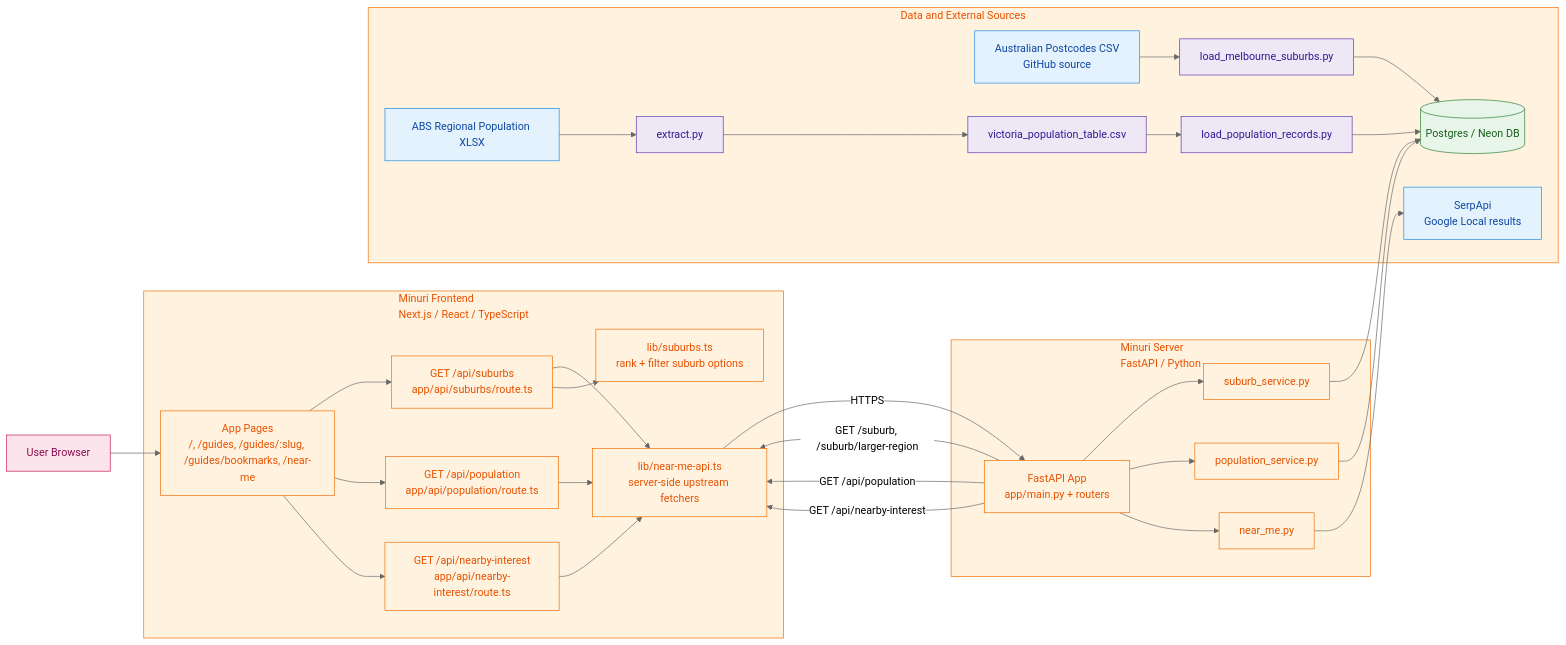
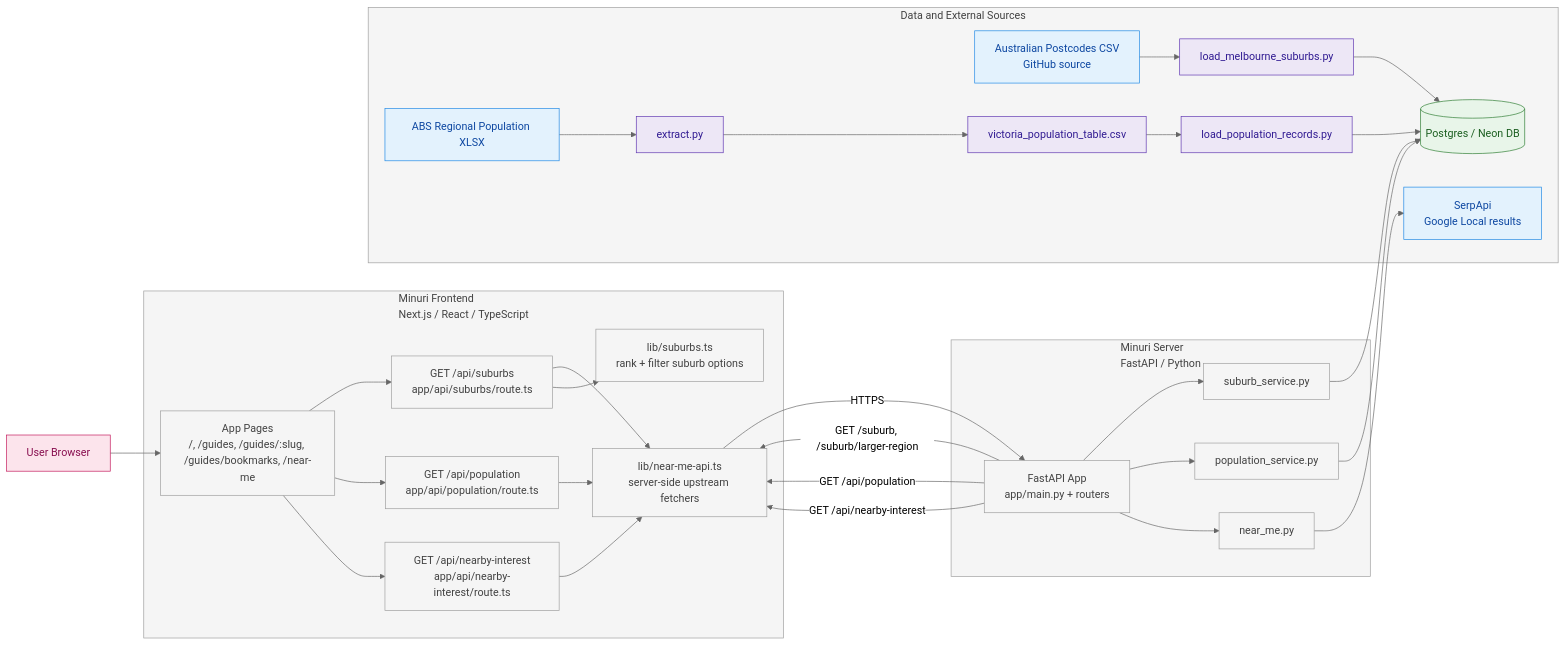
One commit to nauqh/minuri changed the diagram in README.md. Above: the diagram before and after it, drawn with Mermaid (neutral theme).

Commit message:
update(near-me): add back to home button

````diff
--- a/README.md
+++ b/README.md
@@ -105,67 +105,67 @@
 ```mermaid
 flowchart LR
     U[User Browser]
 
     subgraph FE[Minuri Frontend<br/>Next.js / React / TypeScript]
         PAGES[App Pages<br/>/, /guides, /guides/:slug, /guides/bookmarks, /near-me]
         API_SUB[GET /api/suburbs<br/>app/api/suburbs/route.ts]
         API_POP[GET /api/population<br/>app/api/population/route.ts]
         API_NEAR[GET /api/nearby-interest<br/>app/api/nearby-interest/route.ts]
         LIB_API[lib/near-me-api.ts<br/>server-side upstream fetchers]
         LIB_SUB[lib/suburbs.ts<br/>rank + filter suburb options]
 
         PAGES --> API_SUB
         PAGES --> API_POP
         PAGES --> API_NEAR
         API_SUB --> LIB_API
         API_SUB --> LIB_SUB
         API_POP --> LIB_API
         API_NEAR --> LIB_API
     end
 
     subgraph BE[Minuri Server<br/>FastAPI / Python]
         FASTAPI[FastAPI App<br/>app/main.py + routers]
         SVC_SUB[suburb_service.py]
         SVC_POP[population_service.py]
         SVC_NEAR[near_me.py]
 
         FASTAPI --> SVC_SUB
         FASTAPI --> SVC_POP
         FASTAPI --> SVC_NEAR
     end
 
     subgraph DATA[Data and External Sources]
         DB[(Postgres / Neon DB)]
         SRC_POST[Australian Postcodes CSV<br/>GitHub source]
         LOAD_SUB[load_melbourne_suburbs.py]
         SRC_ABS[ABS Regional Population XLSX]
         ETL_EXTRACT[extract.py]
         ETL_CSV[victoria_population_table.csv]
         LOAD_POP[load_population_records.py]
         SERP[SerpApi<br/>Google Local results]
 
         SRC_POST --> LOAD_SUB --> DB
         SRC_ABS --> ETL_EXTRACT --> ETL_CSV --> LOAD_POP --> DB
     end
 
     U --> PAGES
     LIB_API -->|HTTPS| FASTAPI
     FASTAPI -->|GET /suburb, /suburb/larger-region| LIB_API
     FASTAPI -->|GET /api/population| LIB_API
     FASTAPI -->|GET /api/nearby-interest| LIB_API
     SVC_SUB --> DB
     SVC_POP --> DB
     SVC_NEAR --> SERP
 
     classDef source fill:#e3f2fd,stroke:#1e88e5,color:#0d47a1;
     classDef etl fill:#ede7f6,stroke:#5e35b1,color:#311b92;
     classDef db fill:#e8f5e9,stroke:#2e7d32,color:#1b5e20;
-    classDef serve fill:#fff3e0,stroke:#ef6c00,color:#e65100;
+    classDef serve fill:#f5f5f5,stroke:#9e9e9e,color:#424242;
     classDef client fill:#fce4ec,stroke:#c2185b,color:#880e4f;
 
     class SRC_POST,SRC_ABS,SERP source;
     class LOAD_SUB,ETL_EXTRACT,ETL_CSV,LOAD_POP etl;
     class DB db;
     class FE,BE,DATA,PAGES,API_SUB,API_POP,API_NEAR,LIB_API,LIB_SUB,FASTAPI,SVC_SUB,SVC_POP,SVC_NEAR serve;
     class U client;
 ```
````
